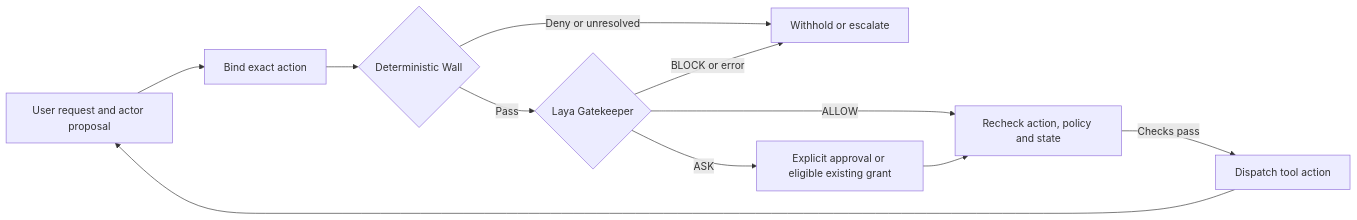
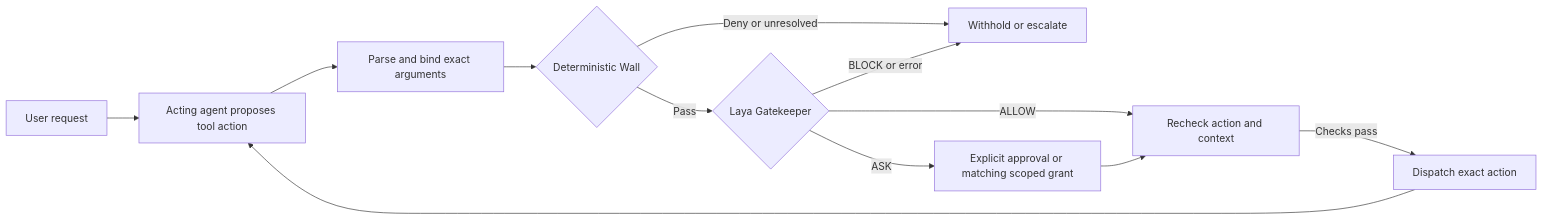
The diagram in README.md (AtharvaThorat/permission-that-learn), drawn with Mermaid before and after one commit. The commit also changed other lines of this file, not shown here.

````diff
--- a/README.md
+++ b/README.md
@@ -26,13 +30,14 @@
 ```mermaid
 flowchart LR
-    A[User request and actor proposal] --> B[Bind exact action]
+    U[User request] --> A[Acting agent proposes tool action]
+    A --> B[Parse and bind exact arguments]
     B --> W{Deterministic Wall}
     W -->|Deny or unresolved| X[Withhold or escalate]
     W -->|Pass| L{Laya Gatekeeper}
     L -->|BLOCK or error| X
-    L -->|ALLOW| R[Recheck action, policy and state]
-    L -->|ASK| P[Explicit approval or eligible existing grant]
+    L -->|ALLOW| R[Recheck action and context]
+    L -->|ASK| P[Explicit approval or matching scoped grant]
     P --> R
-    R -->|Checks pass| T[Dispatch tool action]
+    R -->|Checks pass| T[Dispatch exact action]
     T --> A
 ```
````
